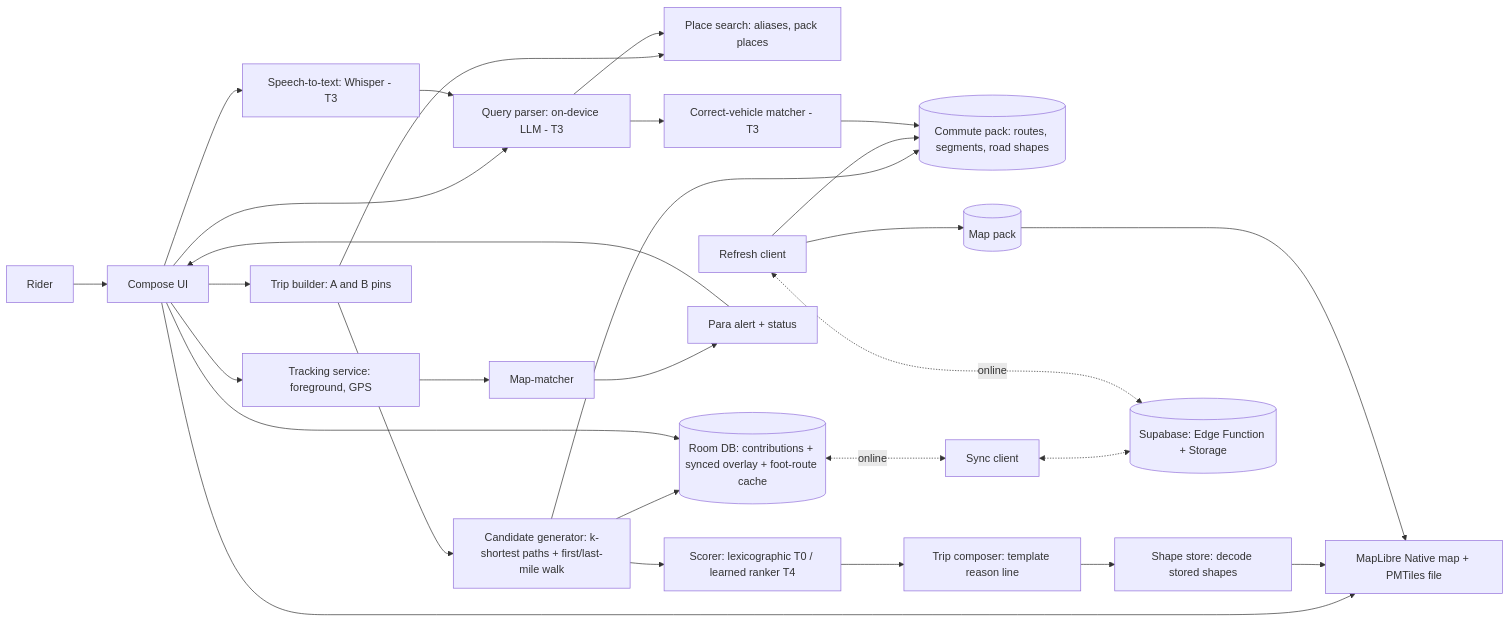
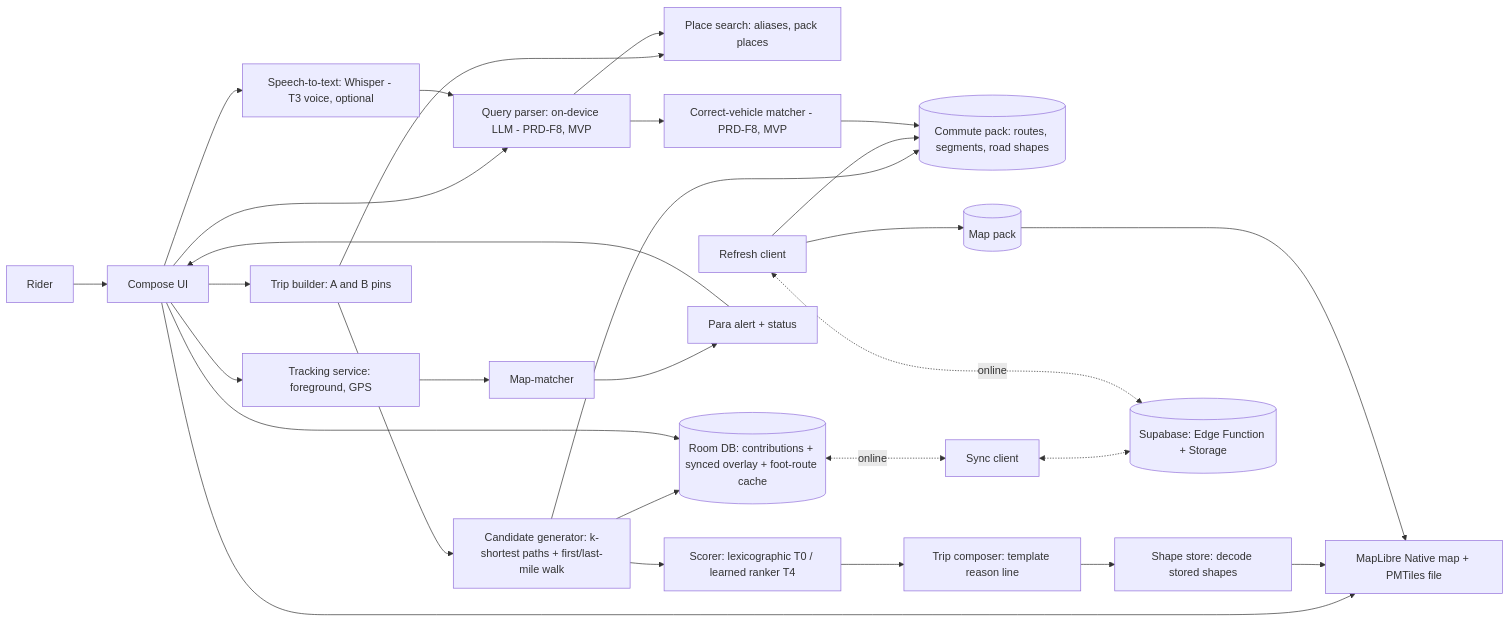
One commit to geadlydrim/appbuildersph-hackathon changed the first of 4 diagrams in docs/fmd/sdd-commutenity.md. Above: the diagram before and after it, drawn with Mermaid. The commit also changed other lines of this file and 19 other files, not shown here.

First line of the commit message:
docs: set makati hero trip and make on-device llm release-critical

````diff
--- a/docs/fmd/sdd-commutenity.md
+++ b/docs/fmd/sdd-commutenity.md
@@ -32,30 +32,30 @@
 ```mermaid
 flowchart LR
     U[Rider] --> UI[Compose UI]
     UI --> MAP[MapLibre Native map + PMTiles file]
     UI --> TB[Trip builder: A and B pins]
     TB --> PS[Place search: aliases, pack places]
     TB --> CG[Candidate generator: k-shortest paths + first/last-mile walk]
     CG --> PK[(Commute pack: routes, segments, road shapes)]
     CG --> CS[(Room DB: contributions + synced overlay + foot-route cache)]
     CG --> SC[Scorer: lexicographic T0 / learned ranker T4]
     SC --> TC[Trip composer: template reason line]
     TC --> SS[Shape store: decode stored shapes]
     SS --> MAP
     UI --> CS
     CS <-.online.-> SY[Sync client] <-.-> BE[(Supabase: Edge Function + Storage)]
     RF[Refresh client] <-.online.-> BE
     RF --> PK
     RF --> MF[(Map pack)]
     MF --> MAP
     UI --> TS[Tracking service: foreground, GPS]
     TS --> MM[Map-matcher]
     MM --> PA[Para alert + status]
     PA --> UI
-    UI --> QP[Query parser: on-device LLM - T3]
+    UI --> QP[Query parser: on-device LLM - PRD-F8, MVP]
     QP --> PS
-    UI --> SP[Speech-to-text: Whisper - T3]
+    UI --> SP[Speech-to-text: Whisper - T3 voice, optional]
     SP --> QP
-    QP --> CV[Correct-vehicle matcher - T3]
+    QP --> CV[Correct-vehicle matcher - PRD-F8, MVP]
     CV --> PK
 ```
````
